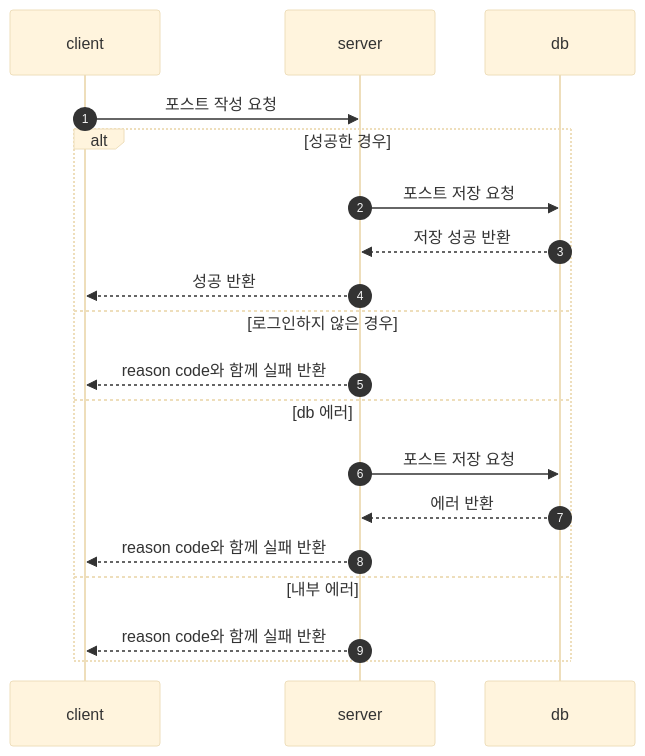
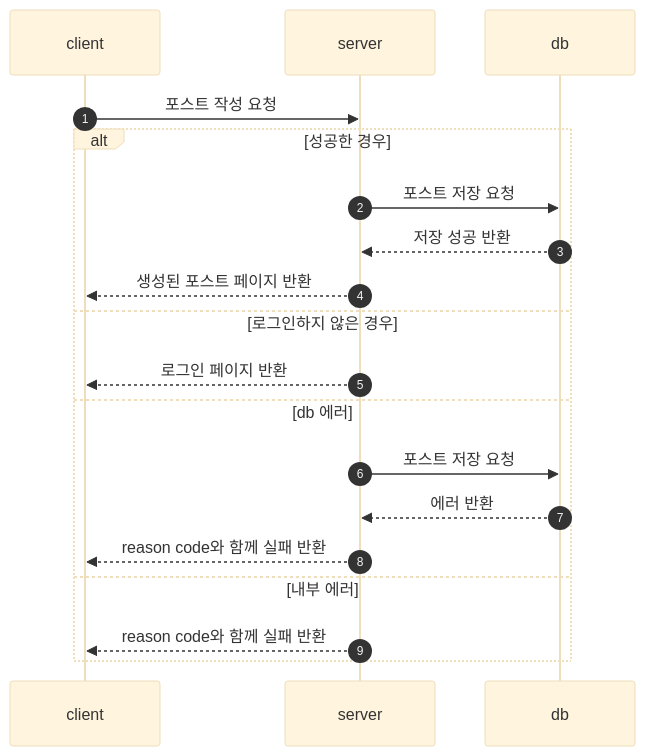
One commit to ellaCoo/sns changed the second of 10 diagrams in README.md. Above: the diagram before and after it, drawn with Mermaid (base theme). The commit also changed other lines of this file, not shown here.

````diff
--- a/README.md
+++ b/README.md
@@ -38,18 +26,18 @@
 ```mermaid
   sequenceDiagram
     autonumber
     client ->> server: 포스트 작성 요청
     alt 성공한 경우 
     server ->> db : 포스트 저장 요청
     db -->> server : 저장 성공 반환
-    server -->> client: 성공 반환
+    server -->> client: 생성된 포스트 페이지 반환
     else 로그인하지 않은 경우
-    server -->> client: reason code와 함께 실패 반환
+    server -->> client: 로그인 페이지 반환
     else db 에러
     server ->> db : 포스트 저장 요청
     db -->> server : 에러 반환
     server -->> client: reason code와 함께 실패 반환
     else 내부 에러
     server -->> client: reason code와 함께 실패 반환
     end
 ```
````
